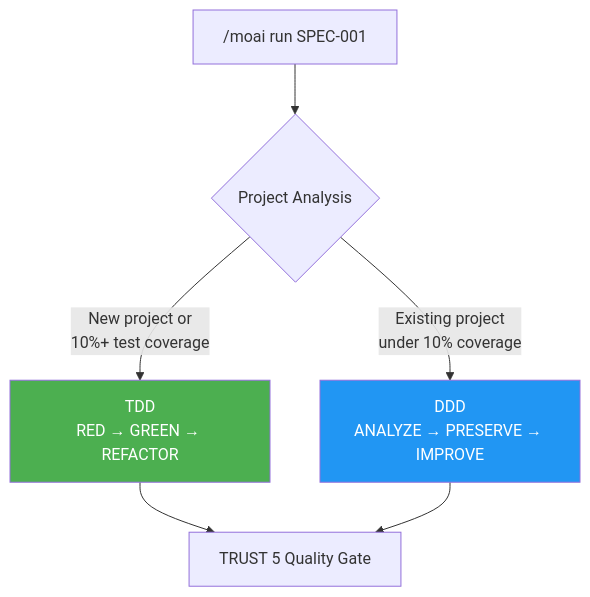
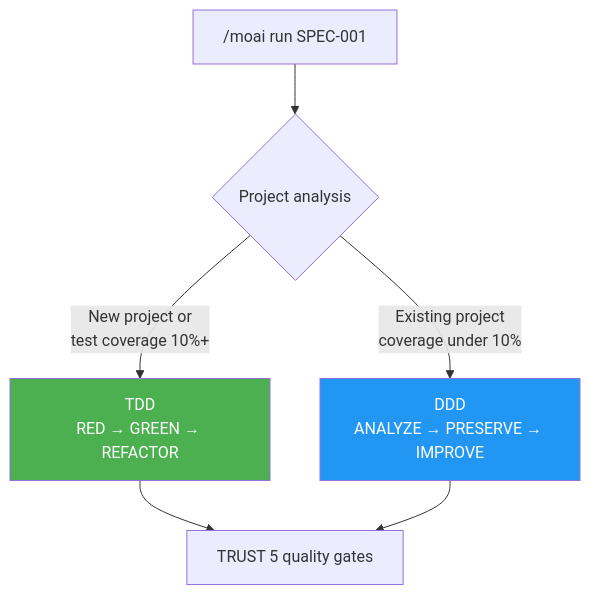
The third of 9 diagrams in docs-site/content/en/getting-started/quickstart.md (modu-ai/moai-adk), drawn with Mermaid before and after one commit. The commit also changed other lines of this file and 395 other files, not shown here.

````diff
--- a/docs-site/content/en/getting-started/quickstart.md
+++ b/docs-site/content/en/getting-started/quickstart.md
@@ -122,10 +122,10 @@
 ```mermaid
 flowchart TD
-    A["/moai run SPEC-001"] --> B{"Project Analysis"}
-    B -->|"New project or<br/>10%+ test coverage"| C["TDD<br/>RED → GREEN → REFACTOR"]
-    B -->|"Existing project<br/>under 10% coverage"| D["DDD<br/>ANALYZE → PRESERVE → IMPROVE"]
-    C --> E["TRUST 5 Quality Gate"]
+    A["/moai run SPEC-001"] --> B{"Project analysis"}
+    B -->|"New project or<br/>test coverage 10%+"| C["TDD<br/>RED → GREEN → REFACTOR"]
+    B -->|"Existing project<br/>coverage under 10%"| D["DDD<br/>ANALYZE → PRESERVE → IMPROVE"]
+    C --> E["TRUST 5 quality gates"]
     D --> E
     style C fill:#4CAF50,color:#fff
     style D fill:#2196F3,color:#fff
 ```
````
